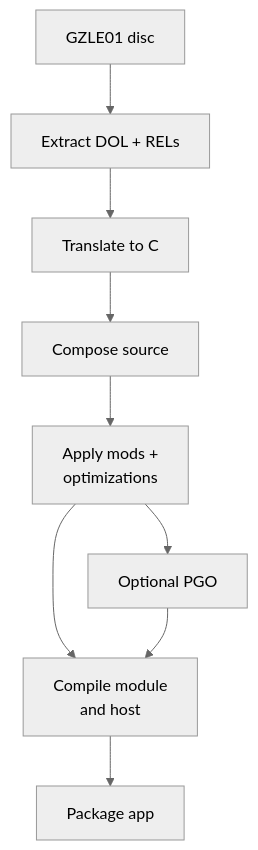
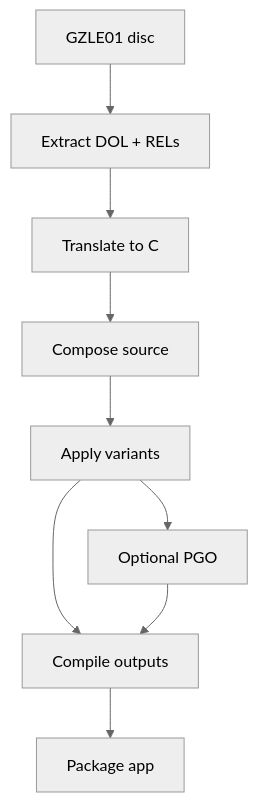
The first of 10 diagrams in docs/architecture/Build.md (Aelbannan/boat_of_daphnes), drawn with Mermaid (neutral theme) before and after one commit. The commit also changed other lines of this file, not shown here.

Commit message:
Simplify Build diagram labels

````diff
--- a/docs/architecture/Build.md
+++ b/docs/architecture/Build.md
@@ -44,16 +44,14 @@
 ```mermaid
 flowchart TD
     Disc["GZLE01 disc"]
     Extract["Extract DOL + RELs"]
     Translate["Translate to C"]
     Composite["Compose source"]
-    Prepare["`Apply mods +
-optimizations`"]
+    Prepare["Apply variants"]
     PGO["Optional PGO"]
-    Compile["`Compile module
-and host`"]
+    Compile["Compile outputs"]
     Package["Package app"]
 
     Disc --> Extract --> Translate --> Composite --> Prepare --> Compile --> Package
     Prepare --> PGO --> Compile
 ```
````
